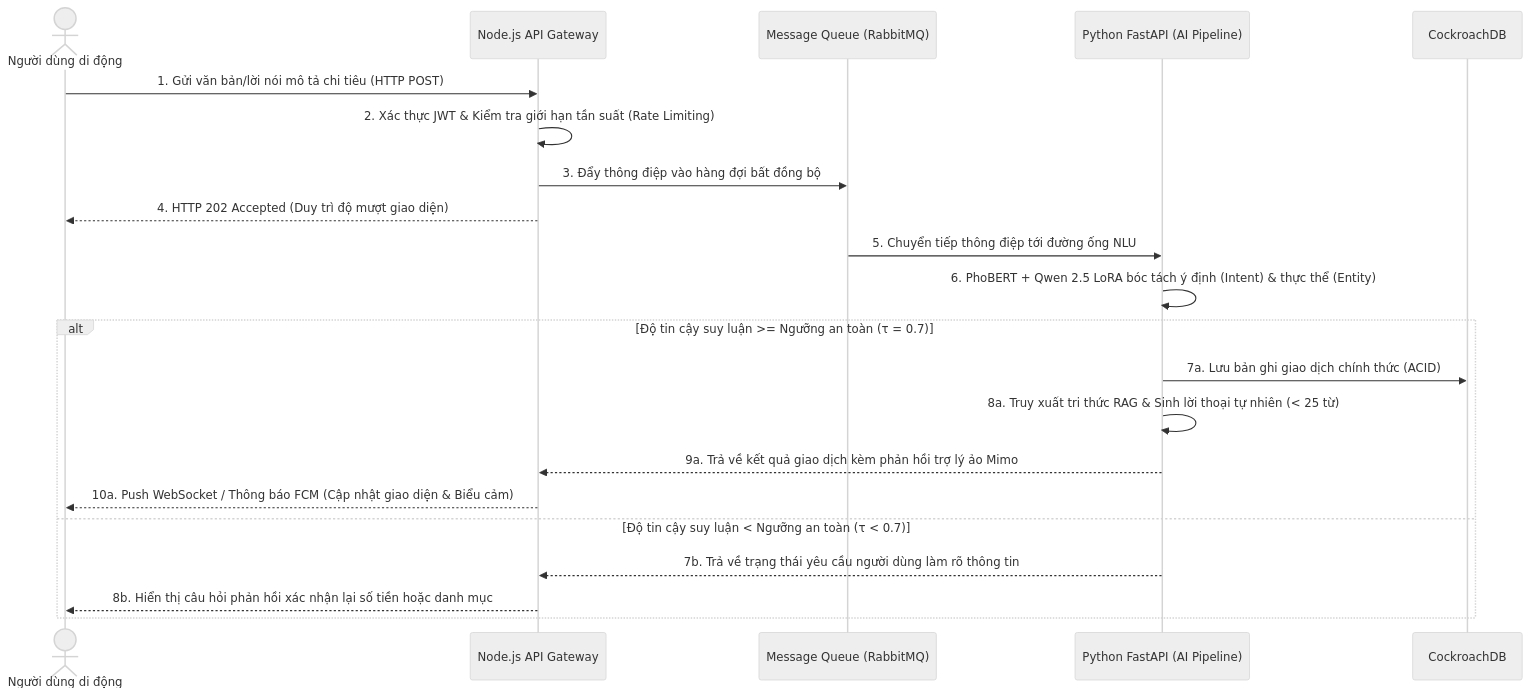
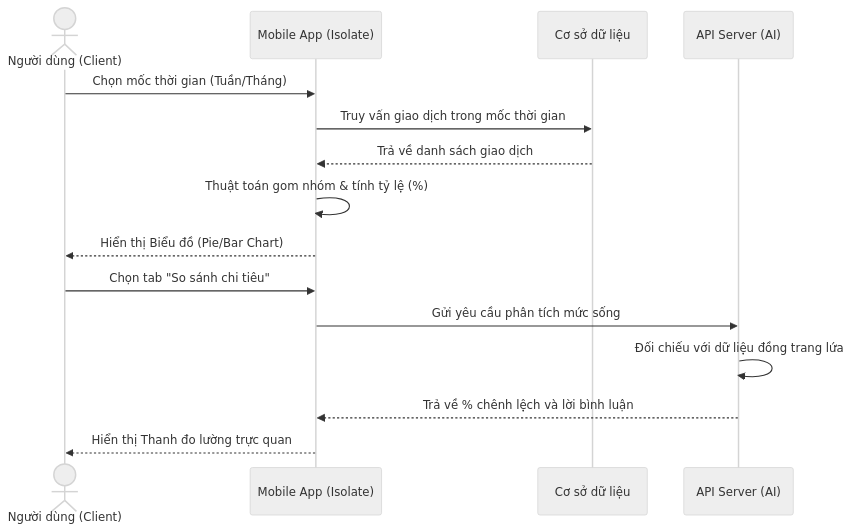
The fifth of 12 diagrams in Luan_van_Hoan_chinh.md (maikhang160504/spending-diary), drawn with Mermaid (neutral theme) before and after one commit. The commit also changed other lines of this file and 103 other files, not shown here.

````diff
--- a/Luan_van_Hoan_chinh.md
+++ b/Luan_van_Hoan_chinh.md
@@ -701,26 +493,19 @@
 ```mermaid
 sequenceDiagram
-    actor U as Người dùng di động
-    participant API as Node.js API Gateway
-    participant Q as Message Queue (RabbitMQ)
-    participant AI as Python FastAPI (AI Pipeline)
-    participant DB as CockroachDB
-
-    U->>API: 1. Gửi văn bản/lời nói mô tả chi tiêu (HTTP POST)
-    API->>API: 2. Xác thực JWT & Kiểm tra giới hạn tần suất (Rate Limiting)
-    API->>Q: 3. Đẩy thông điệp vào hàng đợi bất đồng bộ
-    API-->>U: 4. HTTP 202 Accepted (Duy trì độ mượt giao diện)
+    actor U as Người dùng (Client)
+    participant A as Mobile App (Isolate)
+    participant DB as Cơ sở dữ liệu
+    participant S as API Server (AI)
     
-    Q->>AI: 5. Chuyển tiếp thông điệp tới đường ống NLU
-    AI->>AI: 6. PhoBERT + Qwen 2.5 LoRA bóc tách ý định (Intent) & thực thể (Entity)
+    U->>A: Chọn mốc thời gian (Tuần/Tháng)
+    A->>DB: Truy vấn giao dịch trong mốc thời gian
+    DB-->>A: Trả về danh sách giao dịch
+    A->>A: Thuật toán gom nhóm & tính tỷ lệ (%)
+    A-->>U: Hiển thị Biểu đồ (Pie/Bar Chart)
     
-    alt Độ tin cậy suy luận >= Ngưỡng an toàn (τ = 0.7)
-        AI->>DB: 7a. Lưu bản ghi giao dịch chính thức (ACID)
-        AI->>AI: 8a. Truy xuất tri thức RAG & Sinh lời thoại tự nhiên (< 25 từ)
-        AI-->>API: 9a. Trả về kết quả giao dịch kèm phản hồi trợ lý ảo Mimo
-        API-->>U: 10a. Push WebSocket / Thông báo FCM (Cập nhật giao diện & Biểu cảm)
-    else Độ tin cậy suy luận < Ngưỡng an toàn (τ < 0.7)
-        AI-->>API: 7b. Trả về trạng thái yêu cầu người dùng làm rõ thông tin
-        API-->>U: 8b. Hiển thị câu hỏi phản hồi xác nhận lại số tiền hoặc danh mục
-    end
+    U->>A: Chọn tab "So sánh chi tiêu"
+    A->>S: Gửi yêu cầu phân tích mức sống
+    S->>S: Đối chiếu với dữ liệu đồng trang lứa
+    S-->>A: Trả về % chênh lệch và lời bình luận
+    A-->>U: Hiển thị Thanh đo lường trực quan
 ```
````
